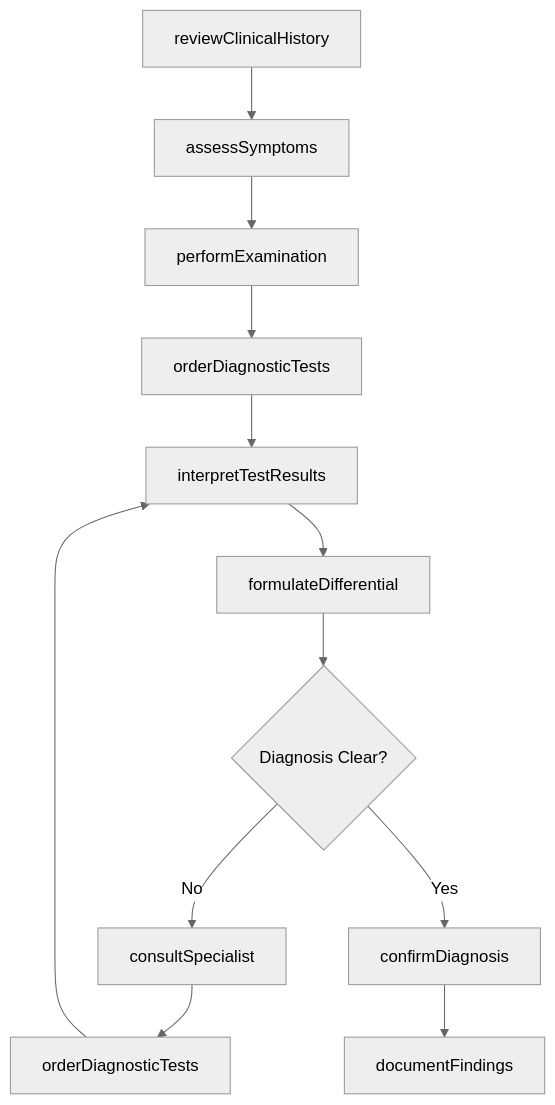
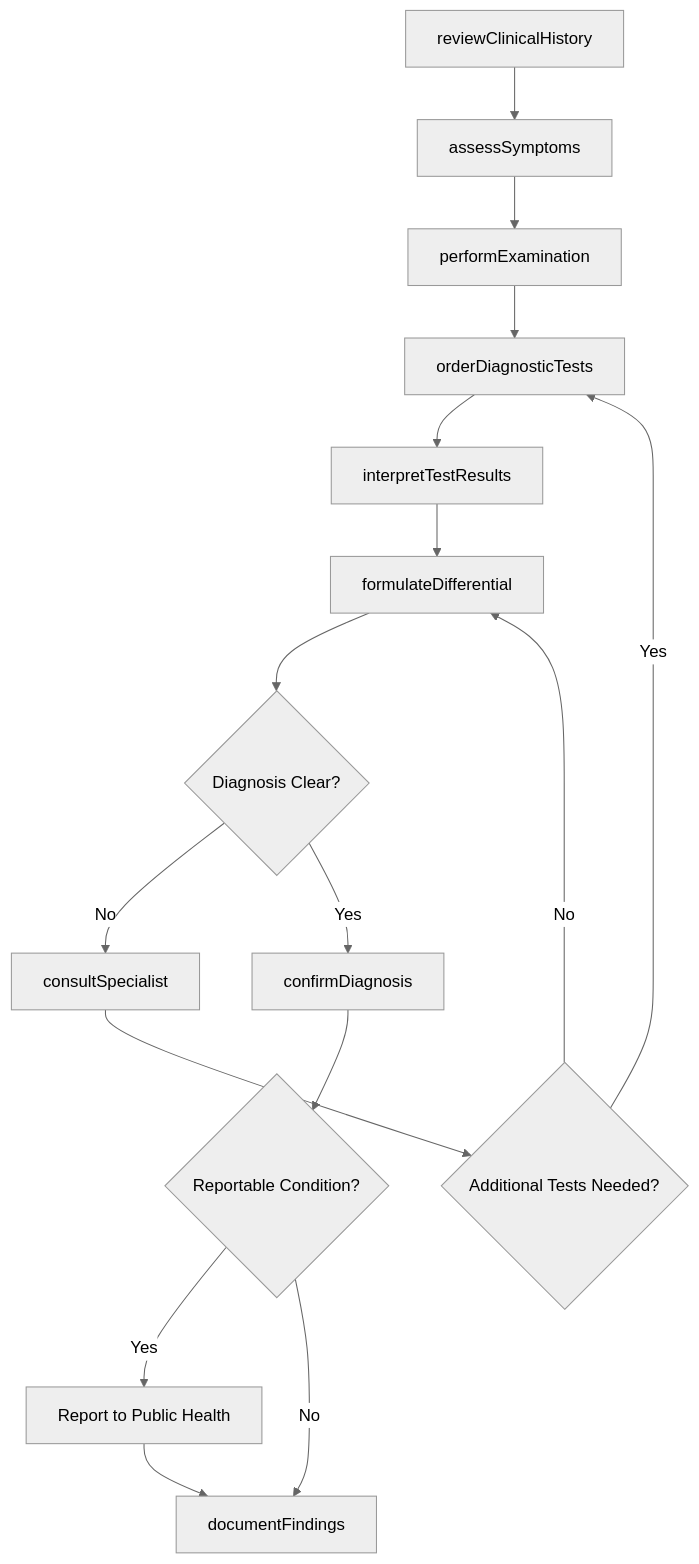
One commit to dot-org-ai/tasks.org.ai changed the third of 4 diagrams in MakingDecisionsAndSolvingProblems/DiagnoseHealthConditionsOrDisorders/DiagnoseMedicalConditions.mdx. Above: the diagram before and after it, drawn with Mermaid (neutral theme). The commit also changed other lines of this file and 266 other files, not shown here.

First line of the commit message:
feat: Add ER diagrams, state diagrams to wave 2 batch (251 DWA files)

````diff
--- a/MakingDecisionsAndSolvingProblems/DiagnoseHealthConditionsOrDisorders/DiagnoseMedicalConditions.mdx
+++ b/MakingDecisionsAndSolvingProblems/DiagnoseHealthConditionsOrDisorders/DiagnoseMedicalConditions.mdx
@@ -96,14 +128,18 @@
 ```mermaid
 graph TD
     A[reviewClinicalHistory] --> B[assessSymptoms]
     B --> C[performExamination]
     C --> D[orderDiagnosticTests]
     D --> E[interpretTestResults]
     E --> F[formulateDifferential]
     F --> G{Diagnosis Clear?}
     G -->|No| H[consultSpecialist]
-    H --> I[orderDiagnosticTests]
-    I --> E
+    H --> I{Additional Tests Needed?}
+    I -->|Yes| D
+    I -->|No| F
     G -->|Yes| J[confirmDiagnosis]
-    J --> K[documentFindings]
+    J --> K{Reportable Condition?}
+    K -->|Yes| L[Report to Public Health]
+    K -->|No| M[documentFindings]
+    L --> M
 ```
````
